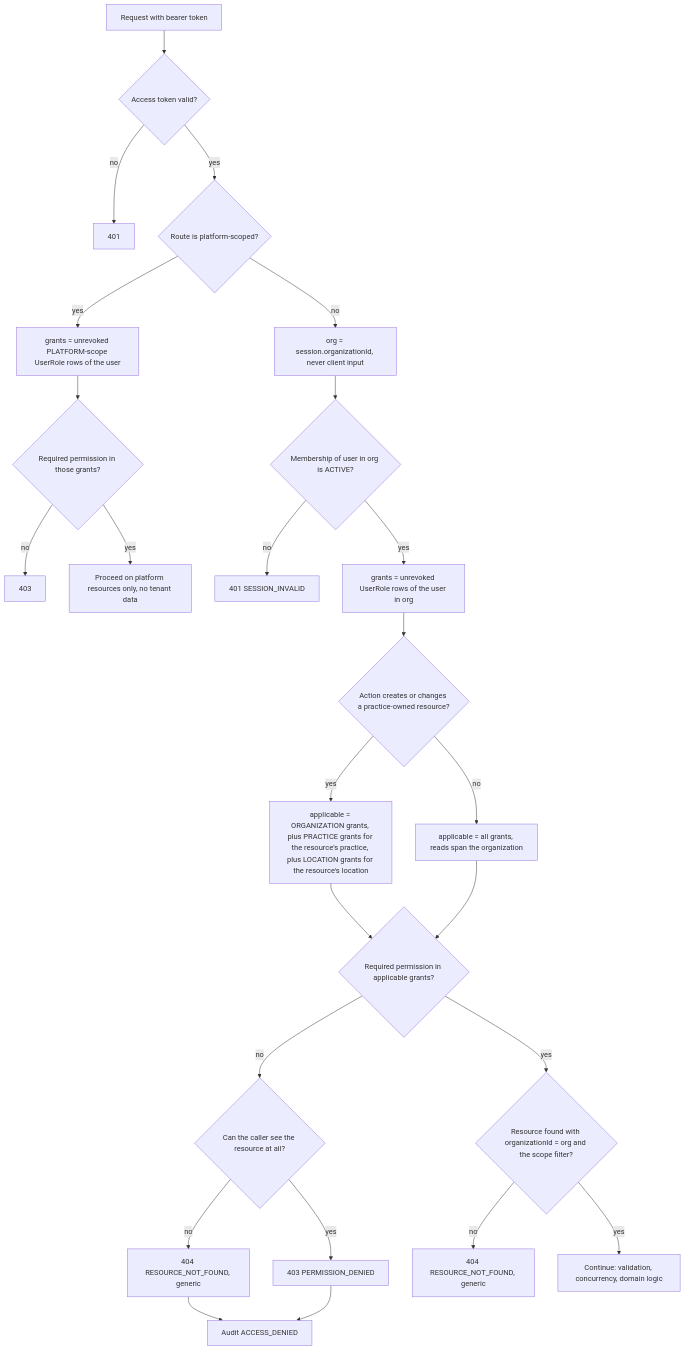
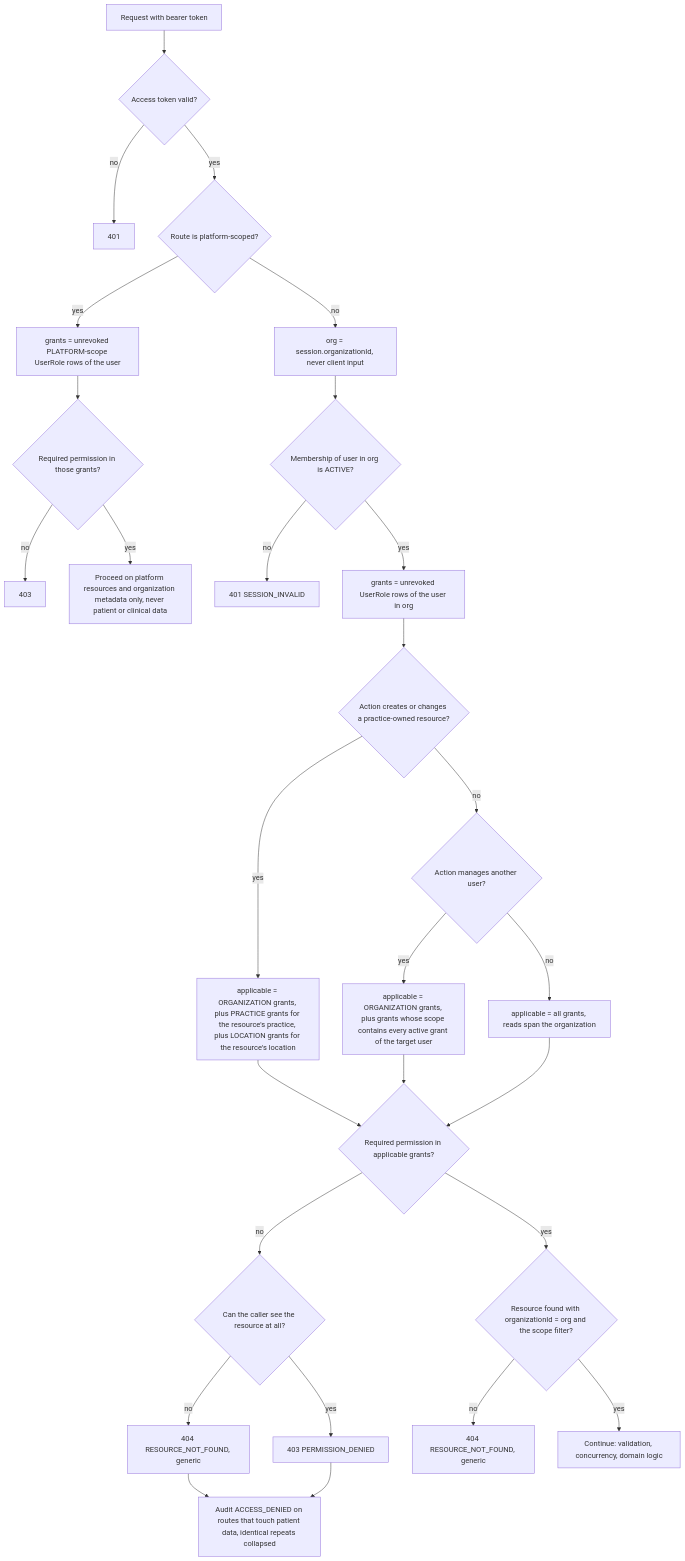
The second of 4 diagrams in docs/AUTHORIZATION_RBAC.md (cgibson24/Aestara), drawn with Mermaid before and after one commit. The commit also changed other lines of this file and 73 other files, not shown here.

````diff
--- a/docs/AUTHORIZATION_RBAC.md
+++ b/docs/AUTHORIZATION_RBAC.md
@@ -96,27 +98,30 @@
 ```mermaid
 flowchart TD
   REQ["Request with bearer token"] --> TOK{"Access token valid?"}
   TOK -- no --> E401["401"]
   TOK -- yes --> PLAT{"Route is platform-scoped?"}
   PLAT -- yes --> PG["grants = unrevoked PLATFORM-scope UserRole rows of the user"]
   PG --> PP{"Required permission in those grants?"}
   PP -- no --> E403P["403"]
-  PP -- yes --> PR["Proceed on platform resources only, no tenant data"]
+  PP -- yes --> PR["Proceed on platform resources and organization metadata only, never patient or clinical data"]
   PLAT -- no --> ORG["org = session.organizationId, never client input"]
   ORG --> MEM{"Membership of user in org is ACTIVE?"}
   MEM -- no --> E401S["401 SESSION_INVALID"]
   MEM -- yes --> GR["grants = unrevoked UserRole rows of the user in org"]
   GR --> WR{"Action creates or changes a practice-owned resource?"}
   WR -- yes --> AW["applicable = ORGANIZATION grants, plus PRACTICE grants for the resource's practice, plus LOCATION grants for the resource's location"]
-  WR -- no --> AR["applicable = all grants, reads span the organization"]
+  WR -- no --> MU{"Action manages another user?"}
+  MU -- yes --> AU["applicable = ORGANIZATION grants, plus grants whose scope contains every active grant of the target user"]
+  MU -- no --> AR["applicable = all grants, reads span the organization"]
   AW --> HAS{"Required permission in applicable grants?"}
+  AU --> HAS
   AR --> HAS
   HAS -- no --> SEE{"Can the caller see the resource at all?"}
   SEE -- no --> E404["404 RESOURCE_NOT_FOUND, generic"]
   SEE -- yes --> E403["403 PERMISSION_DENIED"]
-  E404 --> AUD["Audit ACCESS_DENIED"]
+  E404 --> AUD["Audit ACCESS_DENIED on routes that touch patient data, identical repeats collapsed"]
   E403 --> AUD
   HAS -- yes --> LOAD{"Resource found with organizationId = org and the scope filter?"}
   LOAD -- no --> E404B["404 RESOURCE_NOT_FOUND, generic"]
   LOAD -- yes --> OK["Continue: validation, concurrency, domain logic"]
 ```
````
